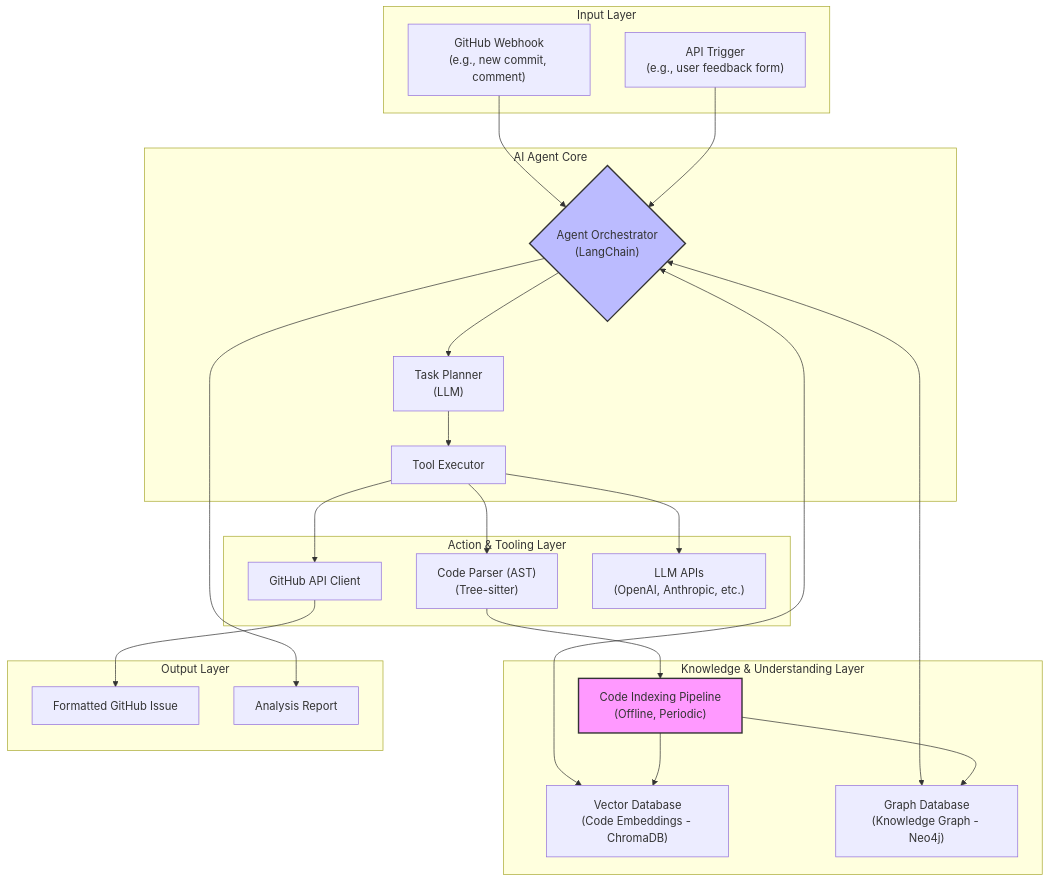
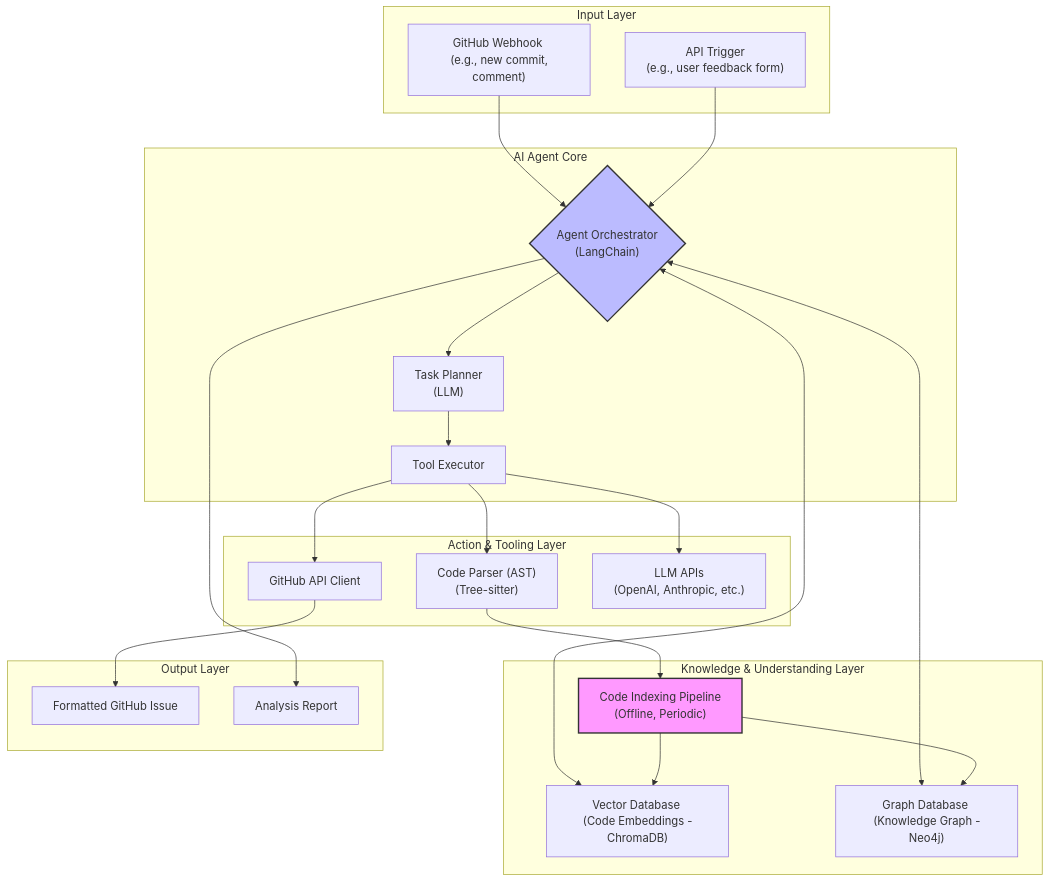
Before and after one commit to hao0608/Codex-Scribe: the diagram in README.md, drawn with Mermaid. The commit also changed 4 other files, not shown here.

Commit message:
fix(docs): update diagrams for better readability and consistency

````diff
--- a/README.md
+++ b/README.md
@@ -23,50 +23,50 @@
 ```mermaid
 graph TD
     subgraph Input Layer
-        A["GitHub Webhook\n(e.g., new commit, comment)"]
-        B["API Trigger\n(e.g., user feedback form)"]
+        A["GitHub Webhook <br> (e.g., new commit, comment)"]
+        B["API Trigger <br> (e.g., user feedback form)"]
     end
 
     subgraph AI Agent Core
-        C{"Agent Orchestrator\n(LangChain)"}
-        D["Task Planner\n(LLM)"]
+        C{"Agent Orchestrator <br> (LangChain)"}
+        D["Task Planner <br> (LLM)"]
         E[Tool Executor]
     end
 
     subgraph Knowledge & Understanding Layer
-        F["Vector Database\n(Code Embeddings - ChromaDB)"]
-        G["Graph Database\n(Knowledge Graph - Neo4j)"]
-        H["Code Indexing Pipeline\n(Offline, Periodic)"]
+        F["Vector Database <br> (Code Embeddings - ChromaDB)"]
+        G["Graph Database <br> (Knowledge Graph - Neo4j)"]
+        H["Code Indexing Pipeline <br> (Offline, Periodic)"]
     end
 
     subgraph Action & Tooling Layer
         I[GitHub API Client]
-        J["Code Parser (AST)\n(Tree-sitter)"]
-        K["LLM APIs\n(OpenAI, Anthropic, etc.)"]
+        J["Code Parser (AST) <br> (Tree-sitter)"]
+        K["LLM APIs <br> (OpenAI, Anthropic, etc.)"]
     end
 
     subgraph Output Layer
         L[Formatted GitHub Issue]
         M[Analysis Report]
     end
 
     A --> C
     B --> C
     C --> D
     D --> E
     E --> I
     E --> J
     E --> K
     C <--> F
     C <--> G
 
     H --> F
     H --> G
     J --> H
 
     I --> L
     C --> M
 
     style H fill:#f9f,stroke:#333,stroke-width:2px
     style C fill:#bbf,stroke:#333,stroke-width:2px
 ```
````
